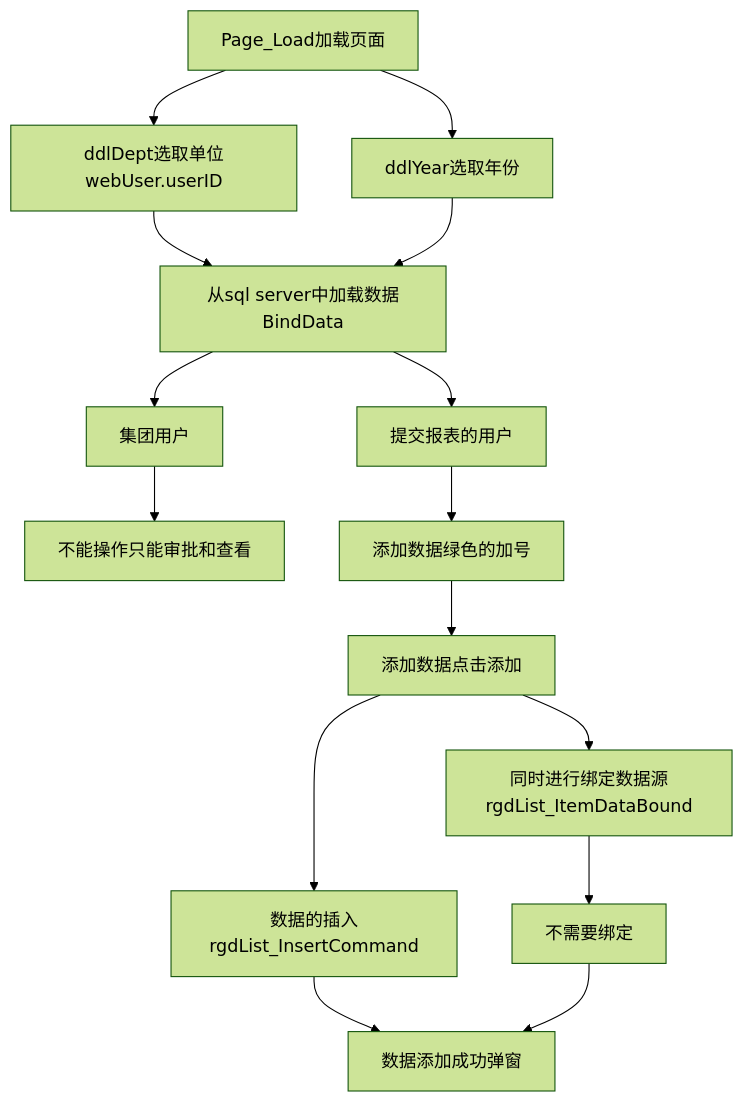
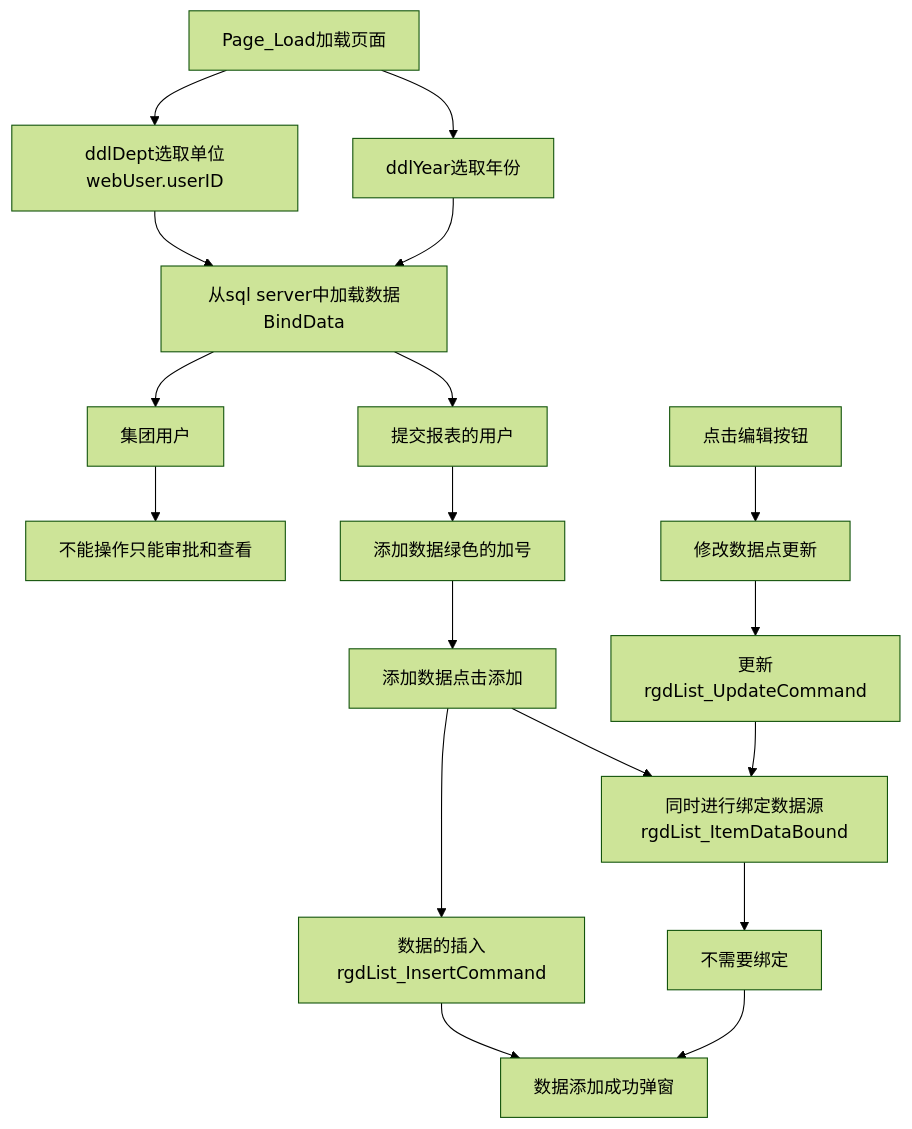
One commit to Megnate/Node changed the tenth of 11 diagrams in 淮南项目.md. Above: the diagram before and after it, drawn with Mermaid (forest theme). The commit also changed other lines of this file, not shown here.

````diff
--- a/淮南项目.md
+++ b/淮南项目.md
@@ -701,9 +701,10 @@
 ```mermaid
 graph TD
  a[Page_Load加载页面] --> ddlDept选取单位webUser.userID --> b[从sql server中加载数据BindData]
  a --> ddlYear选取年份 --> b
  b --> 集团用户 --> 不能操作只能审批和查看
  b --> c[提交报表的用户] --> 添加数据绿色的加号 --> g[添加数据点击添加] --> 数据的插入rgdList_InsertCommand --> f
  g --> e[同时进行绑定数据源rgdList_ItemDataBound]
  e --> 不需要绑定 --> f[数据添加成功弹窗]
+ 点击编辑按钮 --> 修改数据点更新 --> 更新rgdList_UpdateCommand --> e
 ```
````
